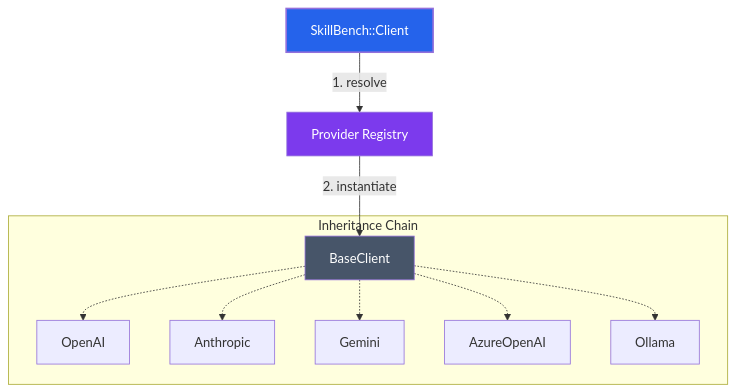
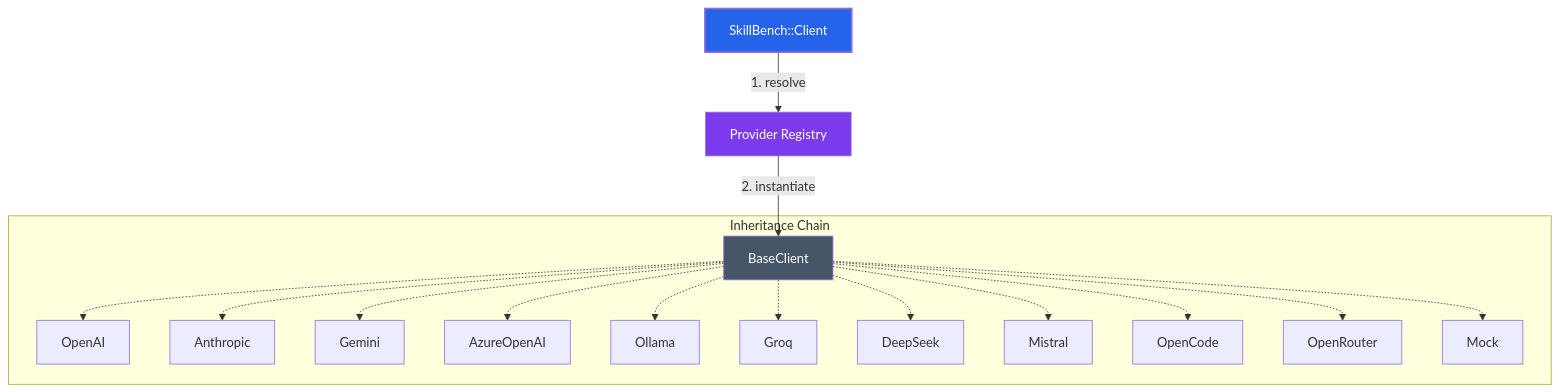
One commit to igmarin/ruby-skill-bench changed the diagram in lib/skill_bench/clients/README.md. Above: the diagram before and after it, drawn with Mermaid. The commit also changed 4 other files, not shown here.

First line of the commit message:
docs: refresh architecture for the live 1.3.1 path

````diff
--- a/lib/skill_bench/clients/README.md
+++ b/lib/skill_bench/clients/README.md
@@ -13,31 +13,43 @@
 ```mermaid
 graph TD
     %% Nodes
     Dispatcher[SkillBench::Client]
     Registry[Provider Registry]
     Base[BaseClient]
     
     %% Providers
     OpenAI[OpenAI]
     Anthropic[Anthropic]
     Gemini[Gemini]
     Azure[AzureOpenAI]
     Ollama[Ollama]
+    Groq[Groq]
+    DeepSeek[DeepSeek]
+    Mistral[Mistral]
+    OpenCode[OpenCode]
+    OpenRouter[OpenRouter]
+    Mock[Mock]
 
     %% Connections
     Dispatcher -->|1. resolve| Registry
     Registry -->|2. instantiate| Base
     
     subgraph "Inheritance Chain"
         Base -.-> OpenAI
         Base -.-> Anthropic
         Base -.-> Gemini
         Base -.-> Azure
         Base -.-> Ollama
+        Base -.-> Groq
+        Base -.-> DeepSeek
+        Base -.-> Mistral
+        Base -.-> OpenCode
+        Base -.-> OpenRouter
+        Base -.-> Mock
     end
 
     %% Styling
     style Dispatcher fill:#2563eb,color:#fff,stroke-width:2px
     style Registry fill:#7c3aed,color:#fff
     style Base fill:#475569,color:#fff
 ```
````
